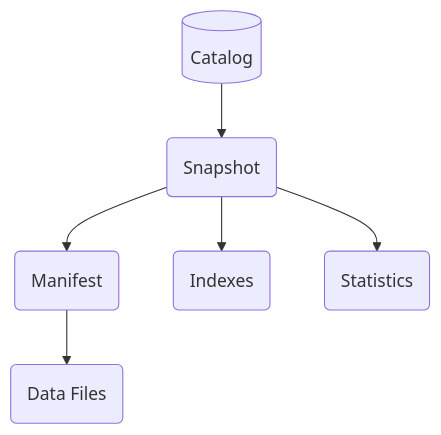
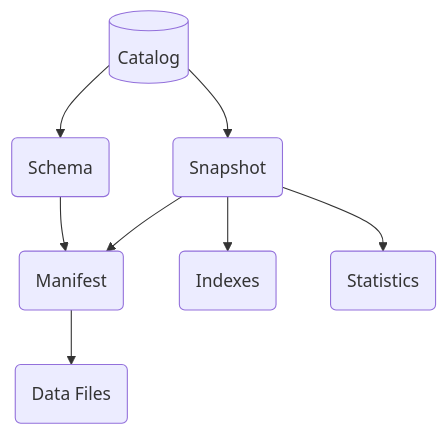
One commit to mabel-dev/tarchia changed the diagram in README.md. Above: the diagram before and after it, drawn with Mermaid. The commit also changed other lines of this file, not shown here.

```diff
--- a/README.md
+++ b/README.md
@@ -38,8 +38,10 @@
 ~~~mermaid
 flowchart TD
     CATALOG[(Catalog)] --> SNAPSHOT(Snapshot)
+    CATALOG  --> SCHEMA(Schema)
+    SCHEMA   --> MANIFEST
     SNAPSHOT --> MANIFEST(Manifest)
     SNAPSHOT --> INDEX(Indexes)
     SNAPSHOT --> STATS(Statistics)
     MANIFEST --> DATA(Data Files)
 ~~~
```
